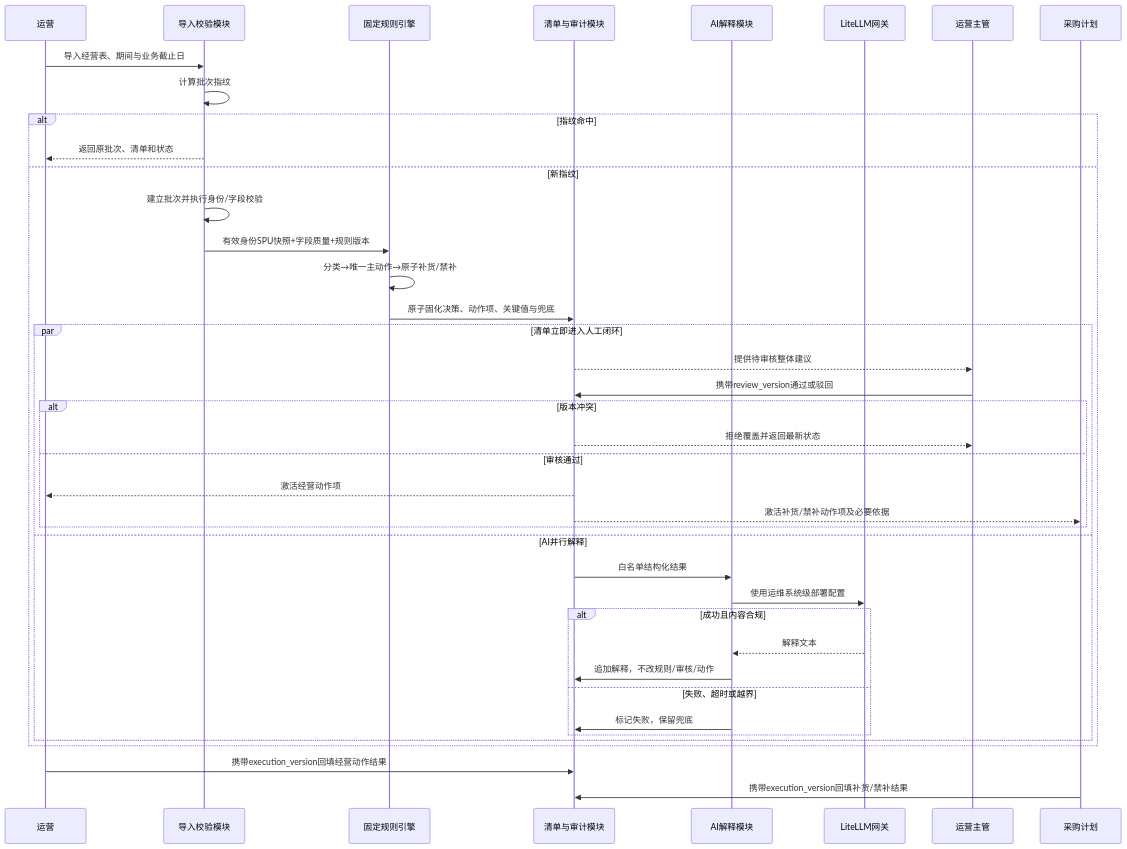
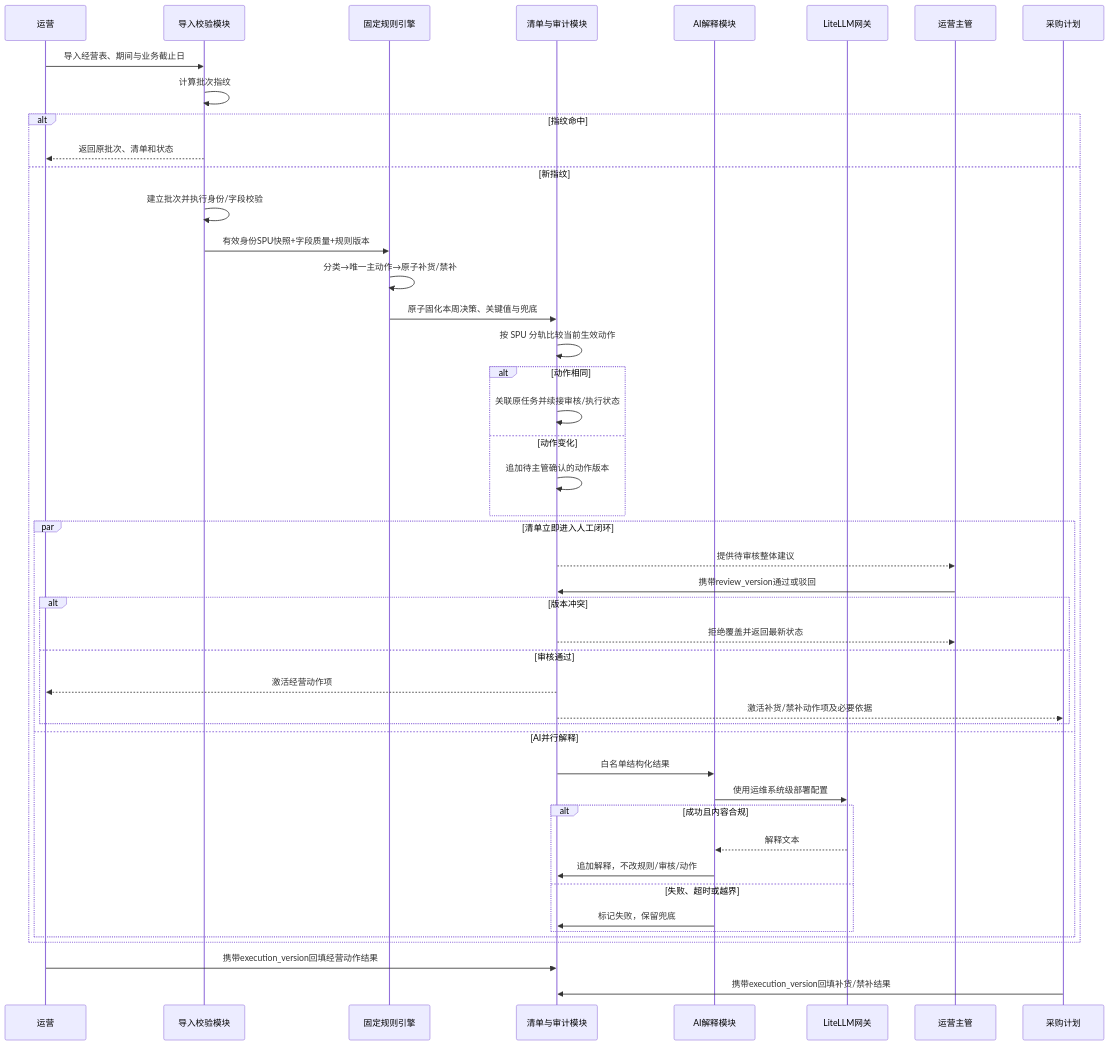
The seventh of 7 diagrams in 趣然AI商品经营利润决策助手/output/PRD详细版.md (johnsonsmilequran/profit-decision-engine), drawn with Mermaid before and after one commit. The commit also changed other lines of this file and 16 other files, not shown here.

````diff
--- a/趣然AI商品经营利润决策助手/output/PRD详细版.md
+++ b/趣然AI商品经营利润决策助手/output/PRD详细版.md
@@ -992,43 +1021,49 @@
 ```mermaid
 sequenceDiagram
     participant OP as 运营
     participant IMP as 导入校验模块
     participant RULE as 固定规则引擎
     participant LIST as 清单与审计模块
     participant AI as AI解释模块
     participant GW as LiteLLM网关
     participant MGR as 运营主管
     participant BUY as 采购计划
 
     OP->>IMP: 导入经营表、期间与业务截止日
     IMP->>IMP: 计算批次指纹
     alt 指纹命中
         IMP-->>OP: 返回原批次、清单和状态
     else 新指纹
         IMP->>IMP: 建立批次并执行身份/字段校验
         IMP->>RULE: 有效身份SPU快照+字段质量+规则版本
         RULE->>RULE: 分类→唯一主动作→原子补货/禁补
-        RULE->>LIST: 原子固化决策、动作项、关键值与兜底
+        RULE->>LIST: 原子固化本周决策、关键值与兜底
+        LIST->>LIST: 按 SPU 分轨比较当前生效动作
+        alt 动作相同
+            LIST->>LIST: 关联原任务并续接审核/执行状态
+        else 动作变化
+            LIST->>LIST: 追加待主管确认的动作版本
+        end
         par 清单立即进入人工闭环
             LIST-->>MGR: 提供待审核整体建议
             MGR->>LIST: 携带review_version通过或驳回
             alt 版本冲突
                 LIST-->>MGR: 拒绝覆盖并返回最新状态
             else 审核通过
                 LIST-->>OP: 激活经营动作项
                 LIST-->>BUY: 激活补货/禁补动作项及必要依据
             end
         and AI并行解释
             LIST->>AI: 白名单结构化结果
             AI->>GW: 使用运维系统级部署配置
             alt 成功且内容合规
                 GW-->>AI: 解释文本
                 AI->>LIST: 追加解释，不改规则/审核/动作
             else 失败、超时或越界
                 AI->>LIST: 标记失败，保留兜底
             end
         end
     end
     OP->>LIST: 携带execution_version回填经营动作结果
     BUY->>LIST: 携带execution_version回填补货/禁补结果
 ```
````
